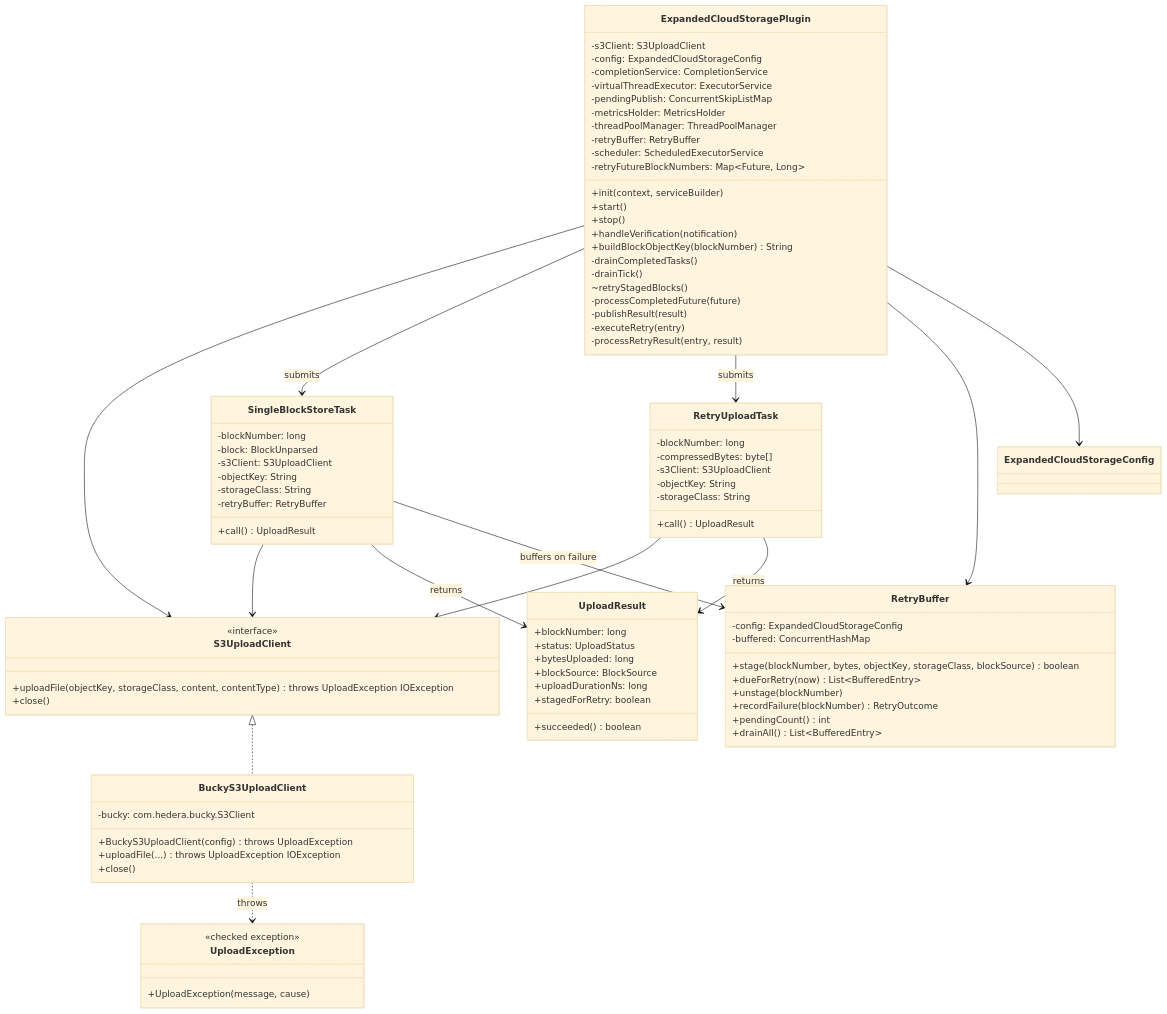
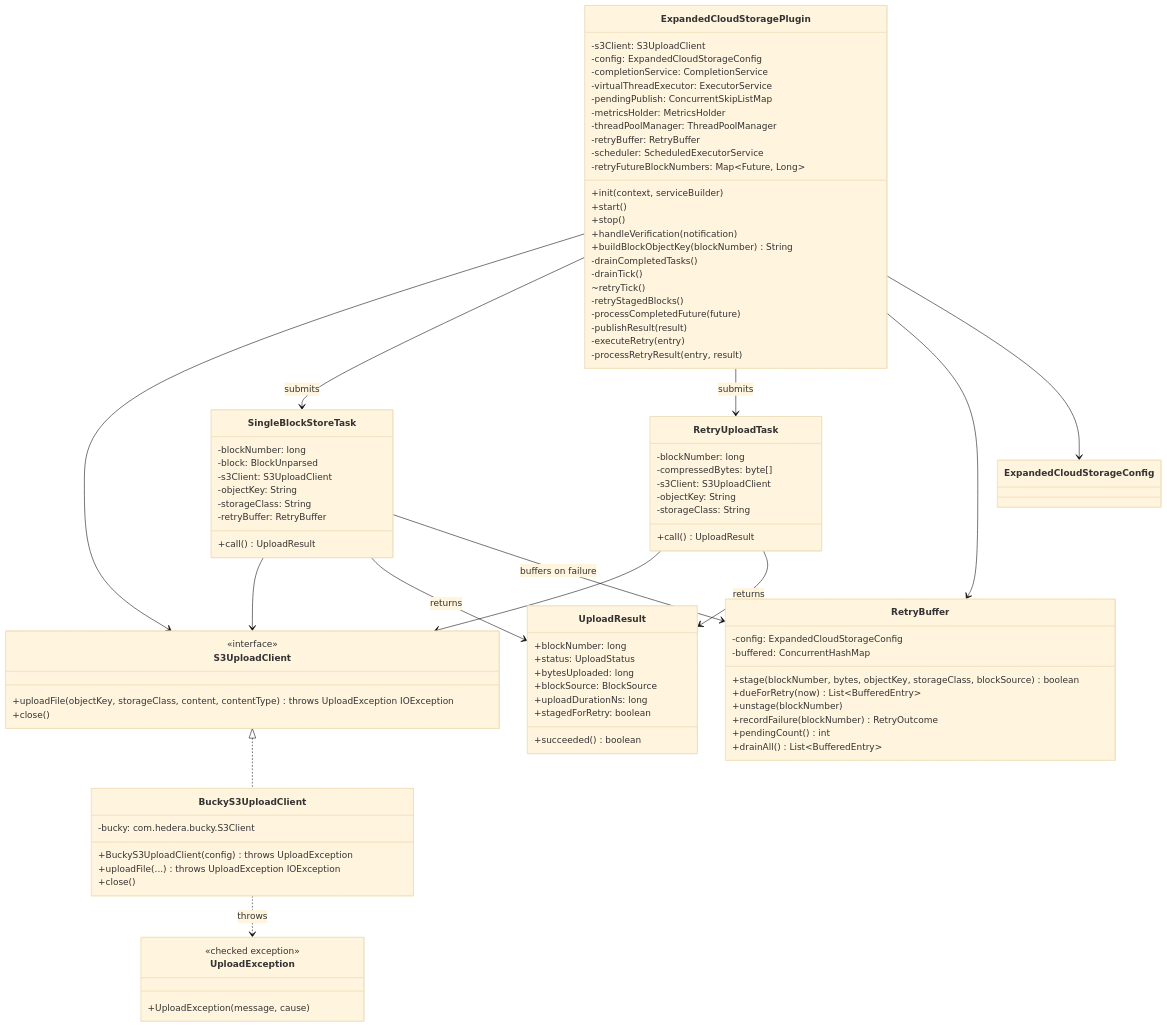
The second of 2 diagrams in docs/design/persistence/cloud-storage-expanded.md (hashgraph/hedera-block-node), drawn with Mermaid (base theme) before and after one commit. The commit also changed other lines of this file and 2 other files, not shown here.

Commit message:
Guard the retry tick and use shutdown()

```diff
--- a/docs/design/persistence/cloud-storage-expanded.md
+++ b/docs/design/persistence/cloud-storage-expanded.md
@@ -438,7 +439,8 @@
         +buildBlockObjectKey(blockNumber) String
         -drainCompletedTasks()
         -drainTick()
-        ~retryStagedBlocks()
+        ~retryTick()
+        -retryStagedBlocks()
         -processCompletedFuture(future)
         -publishResult(result)
         -executeRetry(entry)
```
